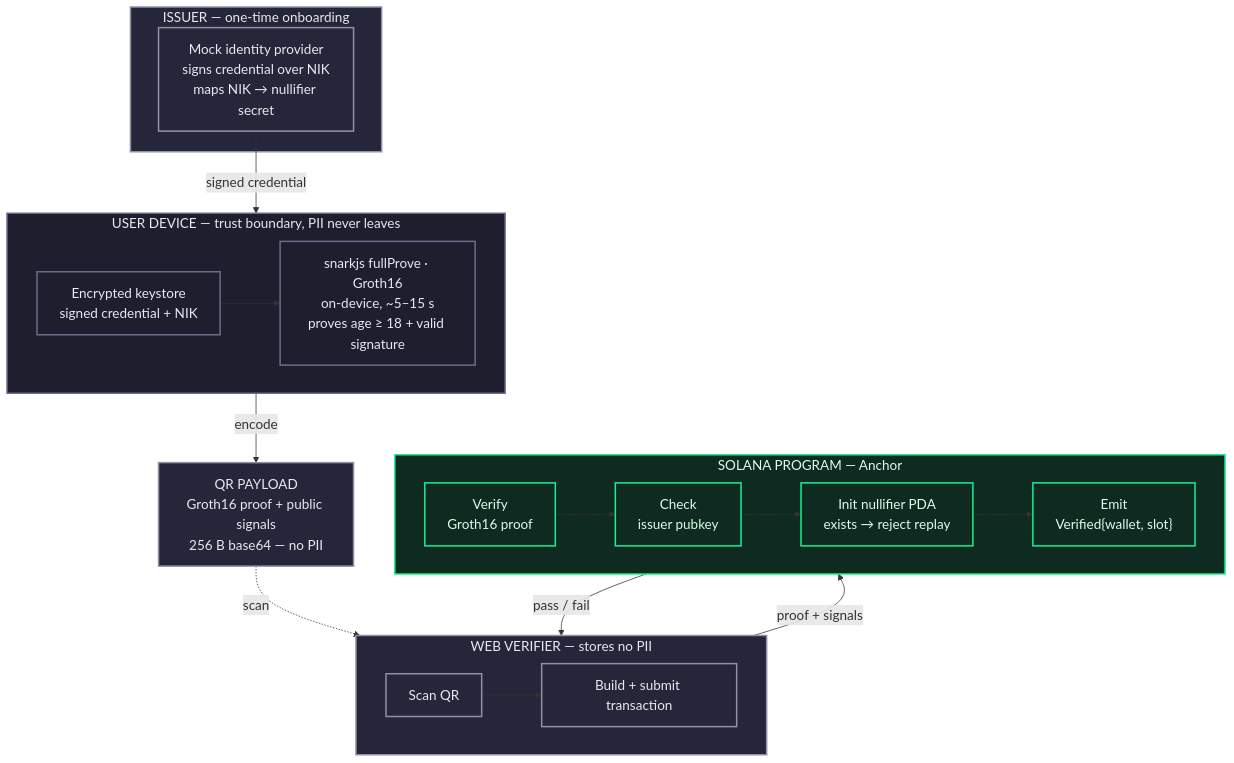
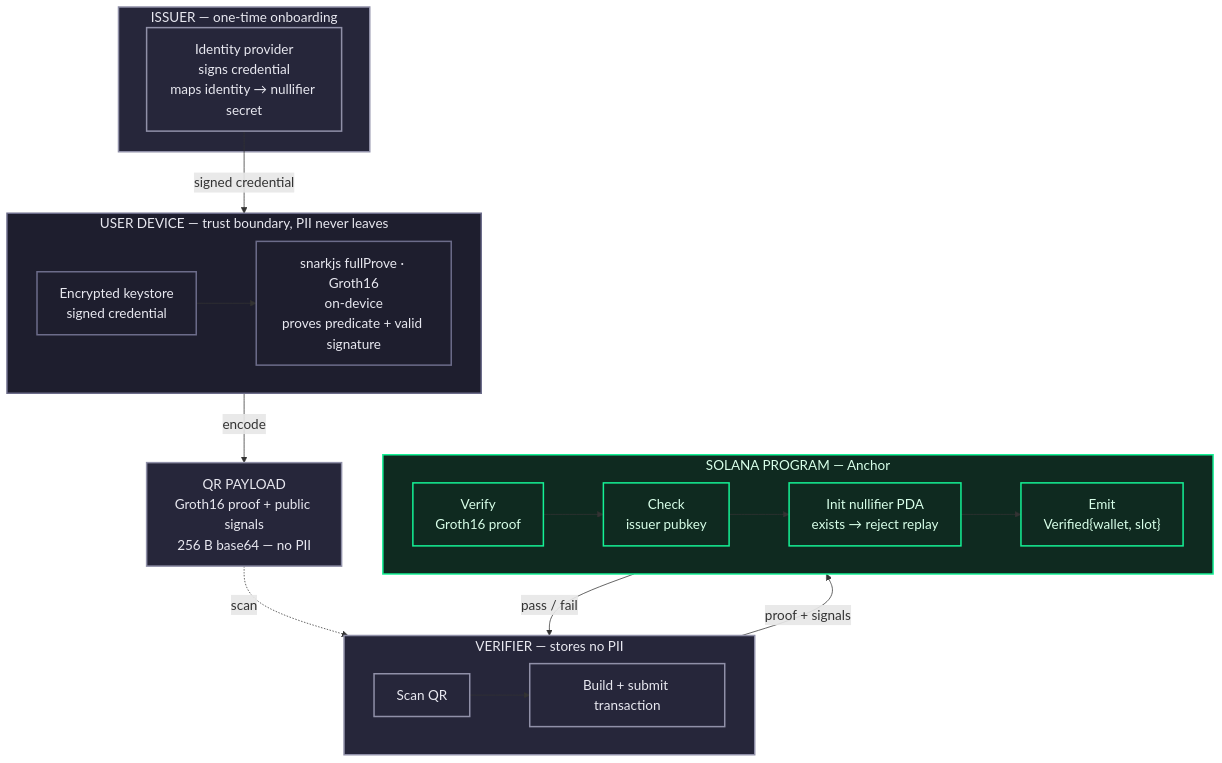
Before and after one commit to KageHQ/.github: the diagram in profile/README.md, drawn with Mermaid. The commit also changed other lines of this file and 1 other file, not shown here.

````diff
--- a/profile/README.md
+++ b/profile/README.md
@@ -34,45 +34,45 @@
 ```mermaid
 %%{init: {"flowchart": {"htmlLabels": true, "nodeSpacing": 55, "rankSpacing": 55}, "themeVariables": {"fontSize": "18px"}}}%%
 flowchart TB
     subgraph issuer["ISSUER — one-time onboarding"]
-        ISS["Mock identity provider<br/>signs credential over NIK<br/>maps NIK → nullifier secret"]
+        ISS["Identity provider<br/>signs credential<br/>maps identity → nullifier secret"]
     end
 
     subgraph device["USER DEVICE — trust boundary, PII never leaves"]
         direction LR
-        KS["Encrypted keystore<br/>signed credential + NIK"]
-        PR["snarkjs fullProve · Groth16<br/>on-device, ~5–15 s<br/>proves age ≥ 18 + valid signature"]
+        KS["Encrypted keystore<br/>signed credential"]
+        PR["snarkjs fullProve · Groth16<br/>on-device<br/>proves predicate + valid signature"]
         KS --> PR
     end
 
     QR["QR PAYLOAD<br/>Groth16 proof + public signals<br/>256 B base64 — no PII"]
 
-    subgraph verifier["WEB VERIFIER — stores no PII"]
+    subgraph verifier["VERIFIER — stores no PII"]
         direction LR
         SCAN["Scan QR"]
         TX["Build + submit transaction"]
         SCAN --> TX
     end
 
     subgraph chain["SOLANA PROGRAM — Anchor"]
         direction LR
         V["Verify<br/>Groth16 proof"]
         IK["Check<br/>issuer pubkey"]
         NUL["Init nullifier PDA<br/>exists → reject replay"]
         EV["Emit<br/>Verified{wallet, slot}"]
         V --> IK --> NUL --> EV
     end
 
     ISS -->|signed credential| KS
     PR -->|encode| QR
     QR -.->|scan| SCAN
     TX -->|proof + signals| V
     EV -->|pass / fail| TX
 
     classDef trust fill:#1e1e2e,stroke:#6c6c8a,color:#e8e8f0,stroke-width:2px;
     classDef onchain fill:#0f2a20,stroke:#14F195,color:#d8ffe9,stroke-width:2px;
     classDef neutral fill:#26263a,stroke:#9090a8,color:#e8e8f0,stroke-width:2px;
     class device,KS,PR trust;
     class chain,V,IK,NUL,EV onchain;
     class issuer,ISS,verifier,SCAN,TX,QR neutral;
 ```
````
